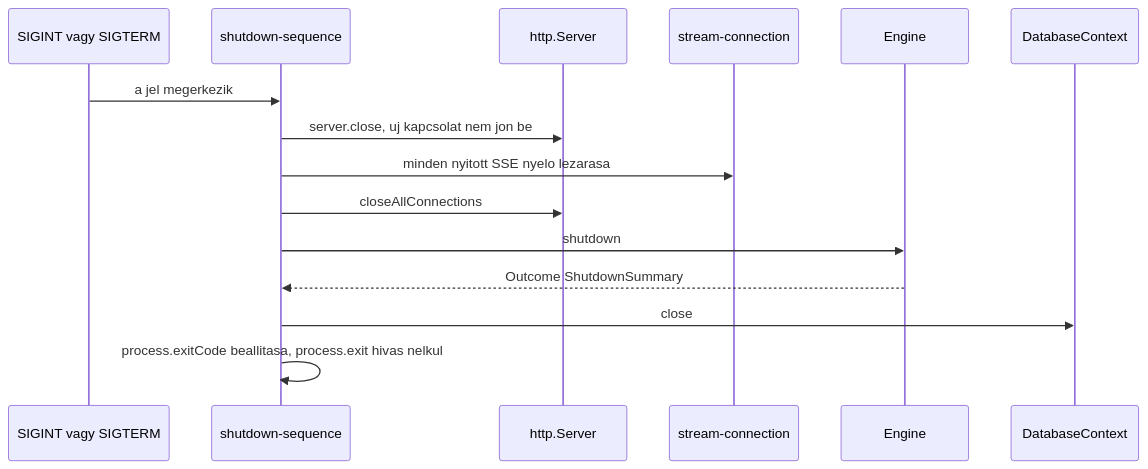
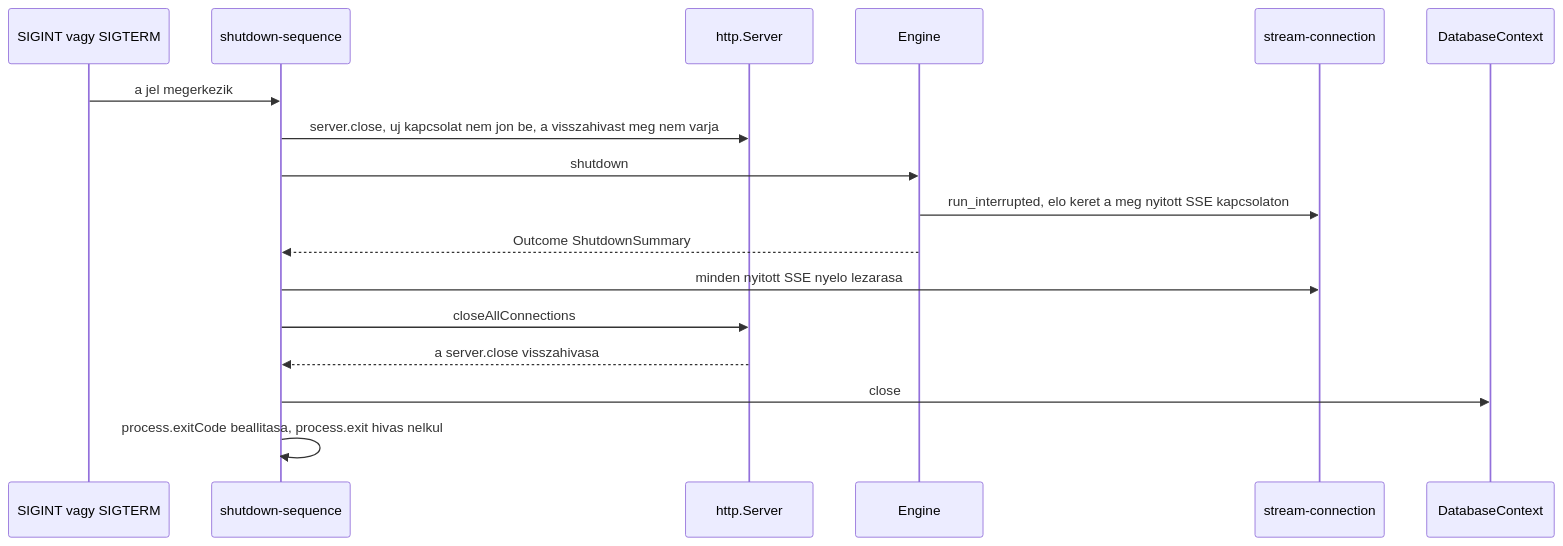
One commit to EggProject/easter-workflow-builder changed the third of 3 diagrams in docs/spec/SPEC-006-szerver-alkalmazas.md. Above: the diagram before and after it, drawn with Mermaid. The commit also changed other lines of this file and 265 other files, not shown here.

````diff
--- a/docs/spec/SPEC-006-szerver-alkalmazas.md
+++ b/docs/spec/SPEC-006-szerver-alkalmazas.md
@@ -473,17 +478,19 @@
 ```mermaid
 sequenceDiagram
     participant OS as SIGINT vagy SIGTERM
     participant P as shutdown-sequence
     participant H as http.Server
+    participant E as Engine
     participant S as stream-connection
-    participant E as Engine
     participant D as DatabaseContext
     OS->>P: a jel megerkezik
-    P->>H: server.close, uj kapcsolat nem jon be
+    P->>H: server.close, uj kapcsolat nem jon be, a visszahivast meg nem varja
+    P->>E: shutdown
+    E->>S: run_interrupted, elo keret a meg nyitott SSE kapcsolaton
+    E-->>P: Outcome ShutdownSummary
     P->>S: minden nyitott SSE nyelo lezarasa
     P->>H: closeAllConnections
-    P->>E: shutdown
-    E-->>P: Outcome ShutdownSummary
+    H-->>P: a server.close visszahivasa
     P->>D: close
     P->>P: process.exitCode beallitasa, process.exit hivas nelkul
 ```
````
